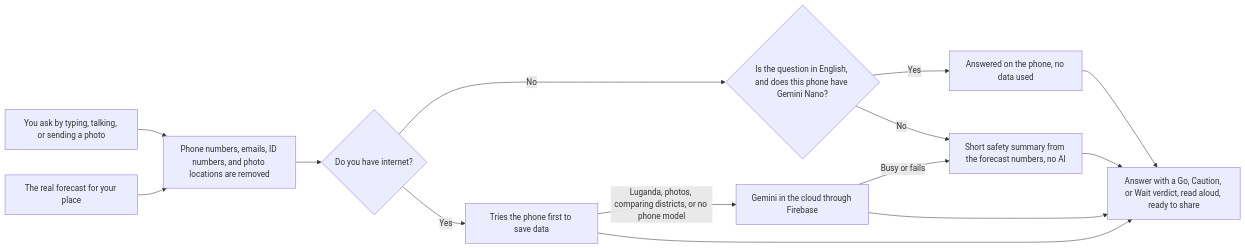
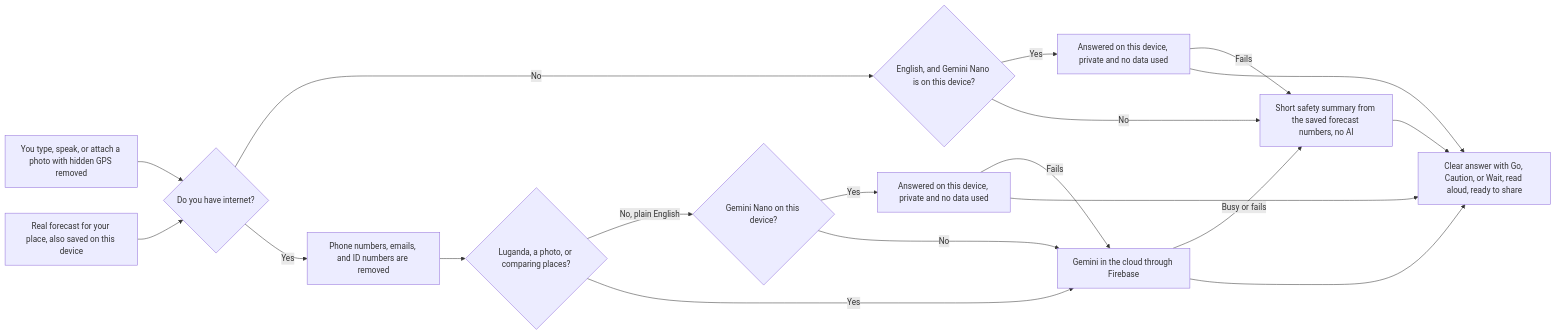
One commit to MarkDanielsMCraft/Uganda-Weather-Hybrid changed the first of 3 diagrams in README.md. Above: the diagram before and after it, drawn with Mermaid. The commit also changed other lines of this file, not shown here.

Commit message:
Update architecture, forecast, and voice diagrams in plain English

````diff
--- a/README.md
+++ b/README.md
@@ -63,16 +63,21 @@
 ```mermaid
 flowchart LR
-  Question["You ask by typing, talking, or sending a photo"] --> Privacy["Phone numbers, emails, ID numbers, and photo locations are removed"]
-  Forecast["The real forecast for your place"] --> Privacy
-  Privacy --> Signal{"Do you have internet?"}
-  Signal -->|"No"| Nano{"Is the question in English, and does this phone have Gemini Nano?"}
-  Nano -->|"Yes"| OnPhone["Answered on the phone, no data used"]
-  Nano -->|"No"| Summary["Short safety summary from the forecast numbers, no AI"]
-  Signal -->|"Yes"| PhoneFirst["Tries the phone first to save data"]
-  PhoneFirst -->|"Luganda, photos, comparing districts, or no phone model"| Cloud["Gemini in the cloud through Firebase"]
+  Question["You type, speak, or attach a photo with hidden GPS removed"] --> Signal{"Do you have internet?"}
+  Forecast["Real forecast for your place, also saved on this device"] --> Signal
+  Signal -->|"No"| OffDevice{"English, and Gemini Nano is on this device?"}
+  OffDevice -->|"Yes"| OnDeviceOff["Answered on this device, private and no data used"]
+  OffDevice -->|"No"| Summary["Short safety summary from the saved forecast numbers, no AI"]
+  OnDeviceOff -->|"Fails"| Summary
+  Signal -->|"Yes"| Clean["Phone numbers, emails, and ID numbers are removed"]
+  Clean --> CloudNeed{"Luganda, a photo, or comparing places?"}
+  CloudNeed -->|"No, plain English"| TryDevice{"Gemini Nano on this device?"}
+  TryDevice -->|"Yes"| OnDeviceOn["Answered on this device, private and no data used"]
+  TryDevice -->|"No"| Cloud["Gemini in the cloud through Firebase"]
+  OnDeviceOn -->|"Fails"| Cloud
+  CloudNeed -->|"Yes"| Cloud
   Cloud -->|"Busy or fails"| Summary
-  OnPhone --> Answer["Answer with a Go, Caution, or Wait verdict, read aloud, ready to share"]
-  PhoneFirst --> Answer
+  OnDeviceOff --> Answer["Clear answer with Go, Caution, or Wait, read aloud, ready to share"]
+  OnDeviceOn --> Answer
   Cloud --> Answer
   Summary --> Answer
 ```
````
